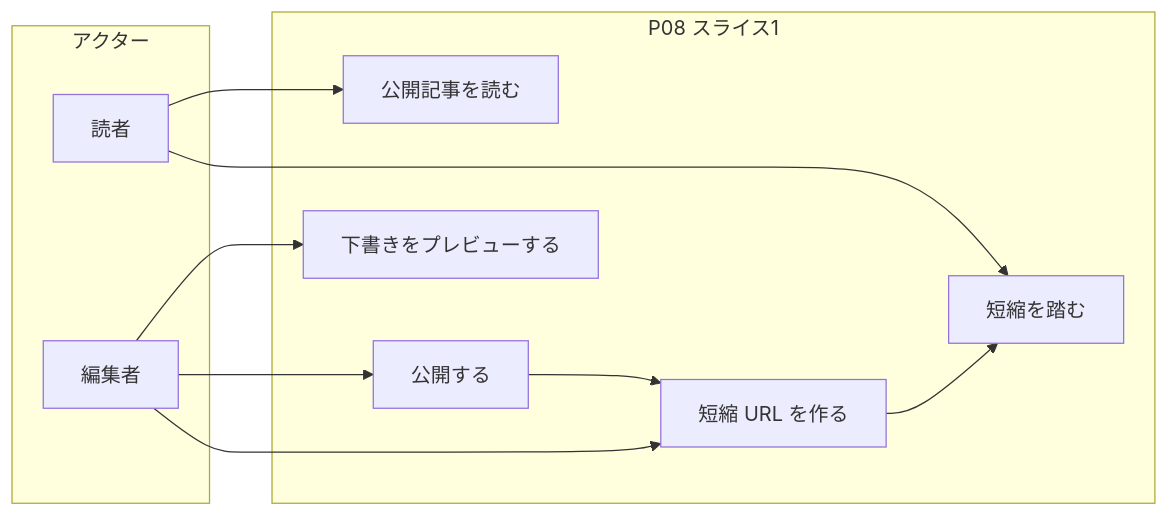
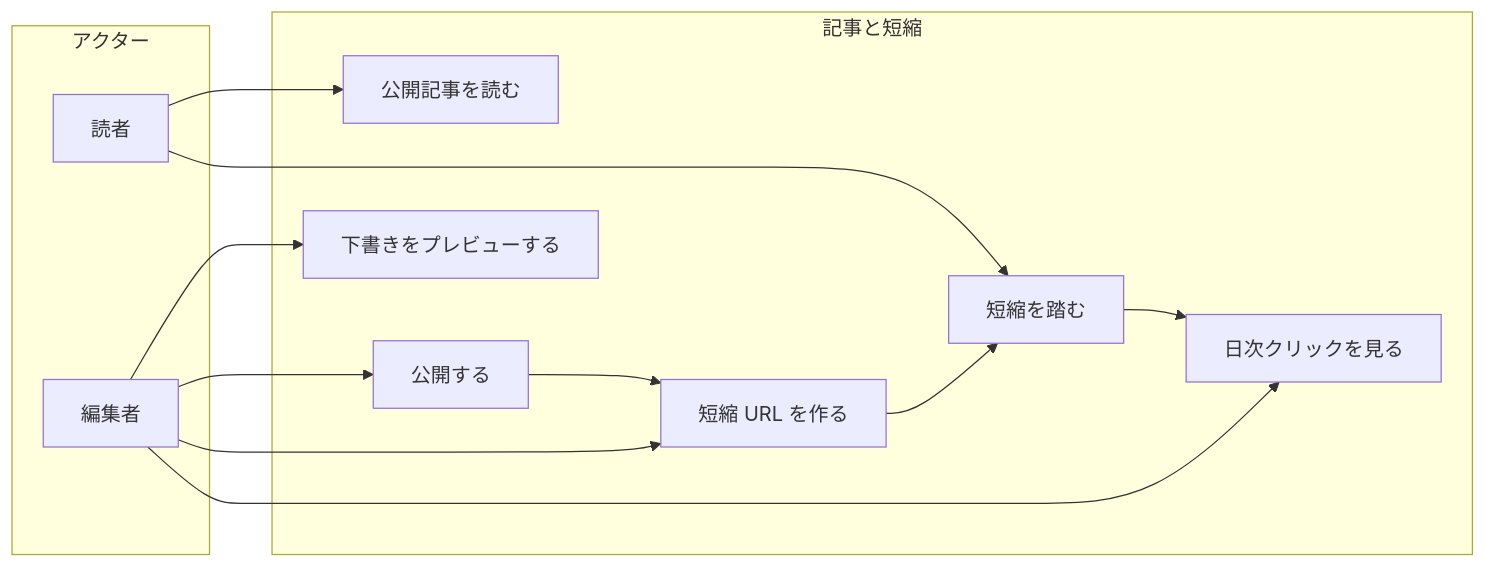
Before and after one commit to maeplego/portfolio-plan: the first of 6 diagrams in portfolio-plan/content-platform/docs/06-diagrams.md, drawn with Mermaid. The commit also changed other lines of this file and 111 other files, not shown here.

````diff
--- a/portfolio-plan/content-platform/docs/06-diagrams.md
+++ b/portfolio-plan/content-platform/docs/06-diagrams.md
@@ -13,21 +13,24 @@
 ```mermaid
 flowchart LR
   subgraph actors [アクター]
     Reader[読者]
     Editor[編集者]
   end
-  subgraph uc [P08 スライス1]
+  subgraph uc [記事と短縮]
     UC1[公開記事を読む]
     UC2[下書きをプレビューする]
     UC3[公開する]
     UC4[短縮 URL を作る]
     UC5[短縮を踏む]
+    UC6[日次クリックを見る]
   end
   Reader --> UC1
   Reader --> UC5
   Editor --> UC2
   Editor --> UC3
   Editor --> UC4
+  Editor --> UC6
   UC3 --> UC4
   UC4 --> UC5
+  UC5 --> UC6
 ```
````
